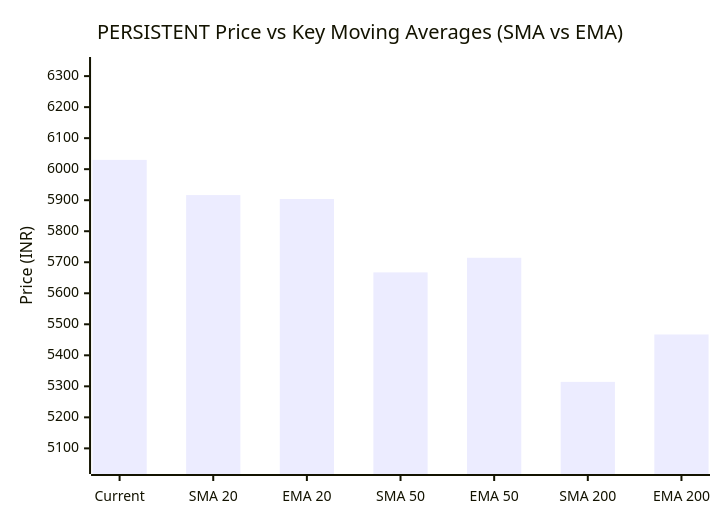
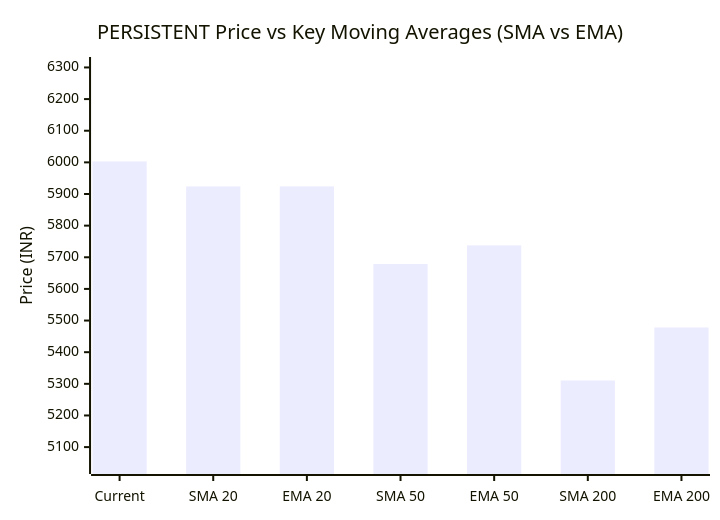
Before and after one commit to purnareddy9/dev: the third of 3 diagrams in market-intelligence/stocks/PERSISTENT/latest.md, drawn with Mermaid. The commit also changed other lines of this file and 4 other files, not shown here.

````diff
--- a/market-intelligence/stocks/PERSISTENT/latest.md
+++ b/market-intelligence/stocks/PERSISTENT/latest.md
@@ -104,7 +104,7 @@
 ```mermaid
 xychart-beta
     title "PERSISTENT Price vs Key Moving Averages (SMA vs EMA)"
     x-axis ["Current", "SMA 20", "EMA 20", "SMA 50", "EMA 50", "SMA 200", "EMA 200"]
-    y-axis "Price (INR)" 5048 --> 6331
-    bar [6030.0, 5916.57, 5903.79, 5667.31, 5714.47, 5314.31, 5467.19]
+    y-axis "Price (INR)" 5045 --> 6303
+    bar [6003.0, 5923.93, 5924.11, 5678.58, 5737.67, 5310.58, 5478.07]
 ```
````
